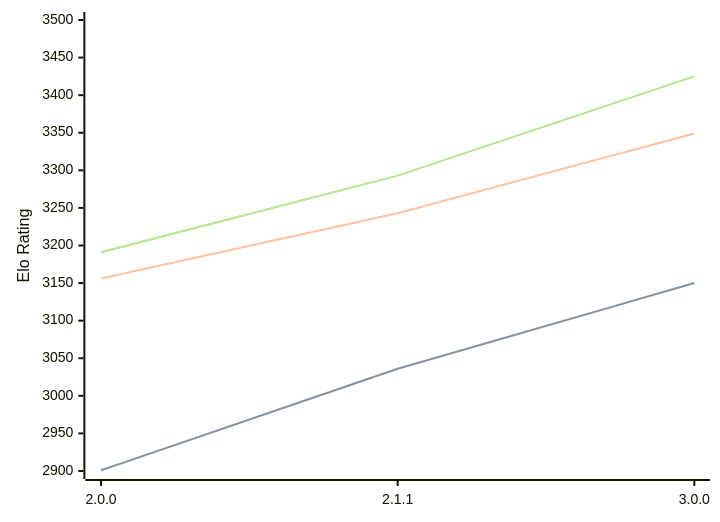
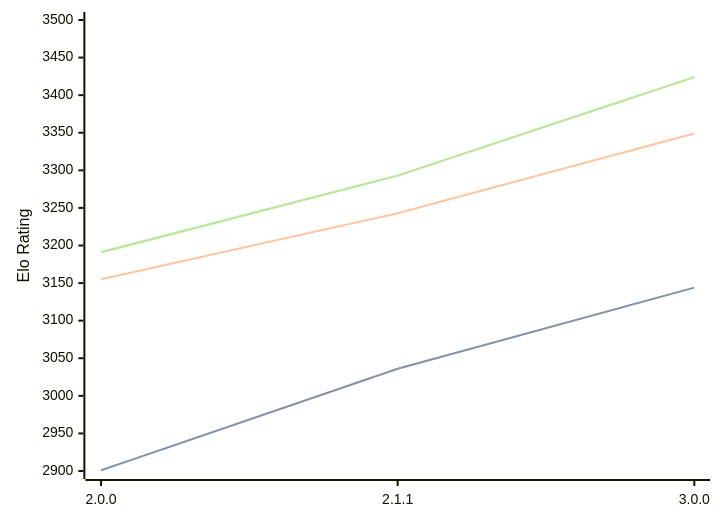
Before and after one commit to computer-chess-index/cci: the diagram in engines/Bread.md, drawn with Mermaid. The commit also changed other lines of this file, not shown here.

Commit message:
Update CCI Ratings (ELO VLTC) - 2026-04-21

````diff
--- a/engines/Bread.md
+++ b/engines/Bread.md
@@ -51,11 +51,11 @@
 ```mermaid
 %%{init: {"theme":"base","themeVariables":{"seriesColors:['#a3a3a3','#222221','#faa371']}}}%%
 xychart-beta
   x-axis ["2.0.0", "2.1.1", "3.0.0"]
   y-axis "Elo Rating" 2900 --> 3500
-  line "STC (8.0+0.08s)" [2901, 3036, 3150]
-  line "STC (8.0+0.08s)" [2901, 3036, 3150]
-  line "LTC (60.0+0.60s)" [3156, 3243, 3349]
-  line "VLTC (2m24s+1.12s)" [3191, 3293, 3425]
-  line "VLTC (2m24s+1.12s)" [3191, 3293, 3425]
+  line "STC (8.0+0.08s)" [2901, 3036, 3144]
+  line "STC (8.0+0.08s)" [2901, 3036, 3144]
+  line "LTC (60.0+0.60s)" [3155, 3243, 3349]
+  line "VLTC (2m24s+1.12s)" [3191, 3293, 3424]
+  line "VLTC (2m24s+1.12s)" [3191, 3293, 3424]
 ```
````
